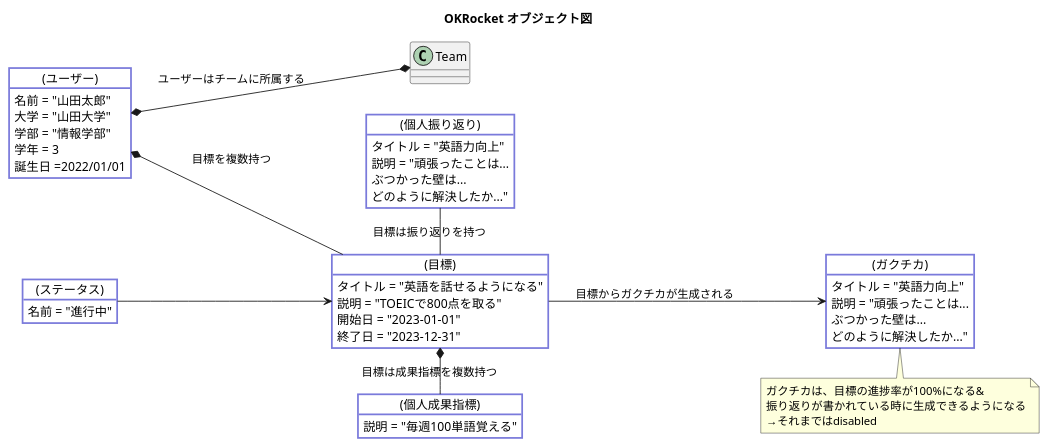
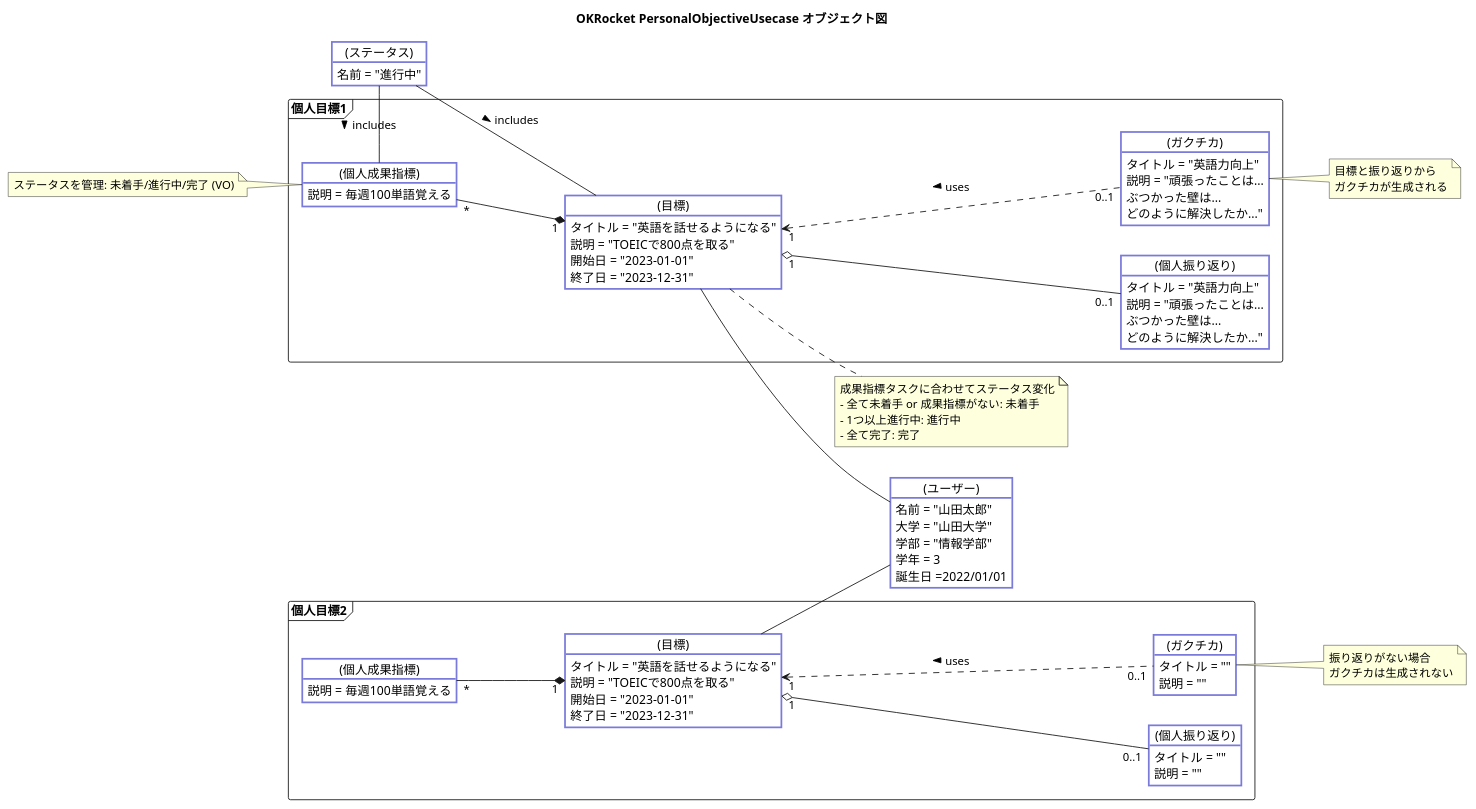
Before and after one commit to Yuma-Tsukakoshi/OKRocket: the diagram in docs/3-object/PersonalObjectiveUsease.pu, drawn with PlantUML. The commit also changed 9 other files, not shown here.

Commit message:
add: 個人目標のドメインオブジェクト図 実装

```diff
--- a/docs/3-object/PersonalObjectiveUsease.pu
+++ b/docs/3-object/PersonalObjectiveUsease.pu
@@ -1,62 +1,104 @@
 @startuml
-title OKRocket オブジェクト図
+title OKRocket PersonalObjectiveUsecase オブジェクト図
 
 left to right direction
 
 skinparam object {
   BackgroundColor #ffffff
   BorderColor #7a7adb
   FontColor #000000
   BorderThickness 2
 }
 
 object "(ユーザー)" as User {
   名前 = "山田太郎"
   大学 = "山田大学"
   学部 = "情報学部"
   学年 = 3
   誕生日 =2022/01/01
 }
 
-object "(目標)" as Objective {
-  タイトル = "英語を話せるようになる"
-  説明 = "TOEICで800点を取る"
-  開始日 = "2023-01-01"
-  終了日 = "2023-12-31"
+
+frame "個人目標1" as ObjectiveFrame1 {
+  object "(目標)" as Objective1 {
+    タイトル = "英語を話せるようになる"
+    説明 = "TOEICで800点を取る"
+    開始日 = "2023-01-01"
+    終了日 = "2023-12-31"
+  }
+
+  object "(個人振り返り)" as Reflection1 {
+    タイトル = "英語力向上"
+    説明 = "頑張ったことは...\nぶつかった壁は...\nどのように解決したか..."
+  }
+
+  object "(ガクチカ)" as Gakutika1 {
+    タイトル = "英語力向上"
+    説明 = "頑張ったことは...\nぶつかった壁は...\nどのように解決したか..."
+  }
+
+  object "(個人成果指標)" as KeyResult1 {
+    説明 = 毎週100単語覚える
+  }
 }
 
-object "(個人成果指標)" as KeyResult {
-  説明 = "毎週100単語覚える"
+frame "個人目標2" as ObjectiveFrame2 {
+  object "(目標)" as Objective2 {
+    タイトル = "英語を話せるようになる"
+    説明 = "TOEICで800点を取る"
+    開始日 = "2023-01-01"
+    終了日 = "2023-12-31"
+  }
+
+  object "(個人振り返り)" as Reflection2 {
+    タイトル = ""
+    説明 = ""
+  }
+
+  object "(ガクチカ)" as Gakutika2 {
+    タイトル = ""
+    説明 = ""
+  }
+
+  object "(個人成果指標)" as KeyResult2 {
+    説明 = 毎週100単語覚える
+  }
 }
-
-object "(個人振り返り)" as Reflection {
-  タイトル = "英語力向上"
-  説明 = "頑張ったことは...\nぶつかった壁は...\nどのように解決したか..."
-}
-
-object "(ガクチカ)" as Gakutika {
-  タイトル = "英語力向上"
-  説明 = "頑張ったことは...\nぶつかった壁は...\nどのように解決したか..."
-}
-note bottom of Gakutika
-  ガクチカは、目標の進捗率が100%になる&
-  振り返りが書かれている時に生成できるようになる
-  →それまではdisabled
-end note
 
 
 object "(ステータス)" as Status {
   名前 = "進行中"
 }
+Status - KeyResult1 : includes >
+note left of KeyResult1
+  ステータスを管理: 未着手/進行中/完了 (VO)
+end note
 
-User *--* Team : "ユーザーはチームに所属する"
+Status - Objective1 : includes >
+note right of Objective1
+  成果指標タスクに合わせてステータス変化
+  - 全て未着手 or 成果指標がない: 未着手
+  - 1つ以上進行中: 進行中
+  - 全て完了: 完了
+end note
 
-Objective -up-* User : "目標を複数持つ"
-Objective *- KeyResult : "目標は成果指標を複数持つ"
-Objective -left- Reflection : "目標は振り返りを持つ"
+Objective1 -down- User
+Objective2 -down- User
 
-Objective --> Gakutika : "目標からガクチカが生成される"
-Status --> Objective
+Objective1 "1" *-up- "*"  KeyResult1
+Objective1 "1" o---"0..1" Reflection1
+Objective1 "1" <..."0..1" Gakutika1 : uses <
+note right of Gakutika1
+  目標と振り返りから
+  ガクチカが生成される
+end note
 
+Objective2 "1" *-up- "*"  KeyResult2
+Objective2 "1" o---"0..1" Reflection2
+Objective2 "1" <..."0..1" Gakutika2 : uses <
+note right of Gakutika2
+  振り返りがない場合
+  ガクチカは生成されない
+end note
 
 @enduml
```
